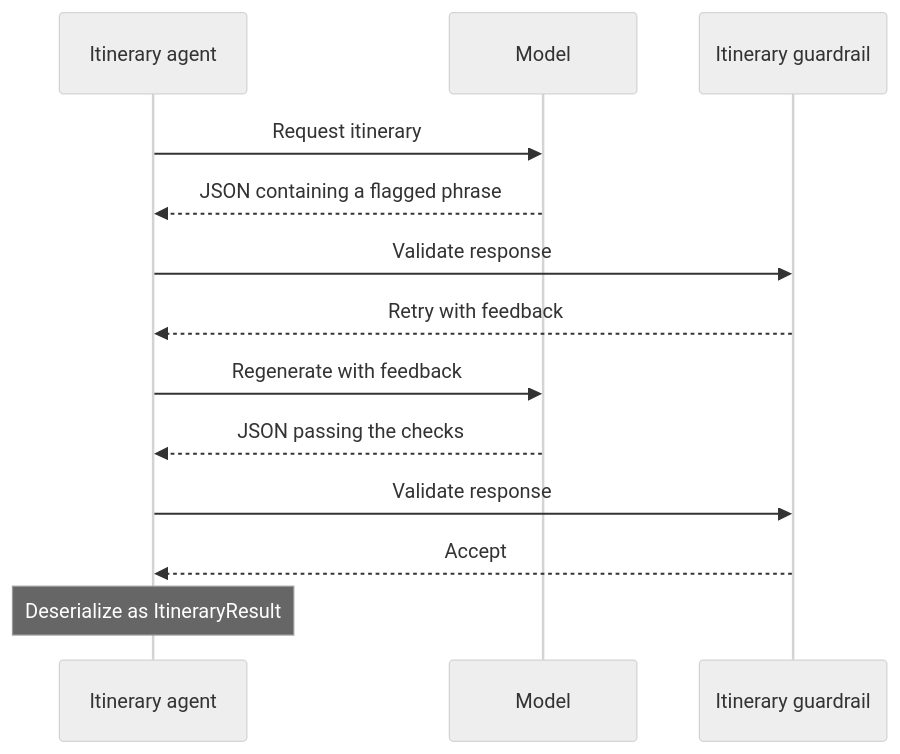
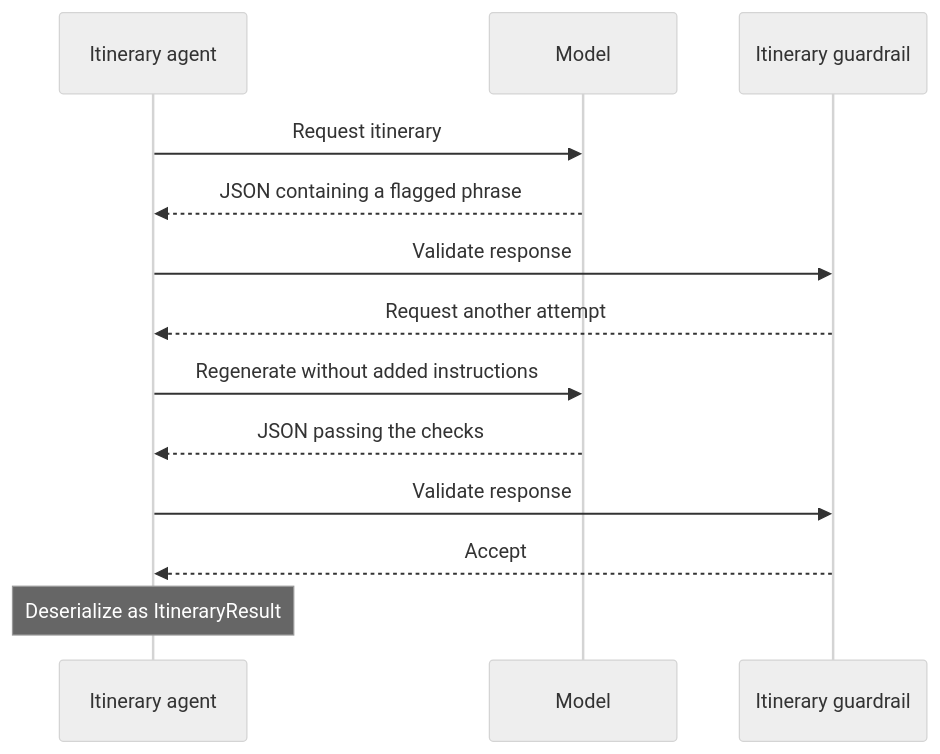
One commit to quarkusio/quarkus-workshop-langchain4j changed the third of 3 diagrams in docs/docs/section-3/step-02.md. Above: the diagram before and after it, drawn with Mermaid (neutral theme). The commit also changed other lines of this file and 151 other files, not shown here.

````diff
--- a/docs/docs/section-3/step-02.md
+++ b/docs/docs/section-3/step-02.md
@@ -75,15 +133,15 @@
 ```mermaid
 sequenceDiagram
     participant A as Itinerary agent
     participant M as Model
     participant G as Itinerary guardrail
     A->>M: Request itinerary
     M-->>A: JSON containing a flagged phrase
     A->>G: Validate response
-    G-->>A: Retry with feedback
-    A->>M: Regenerate with feedback
+    G-->>A: Request another attempt
+    A->>M: Regenerate without added instructions
     M-->>A: JSON passing the checks
     A->>G: Validate response
     G-->>A: Accept
     Note over A: Deserialize as ItineraryResult
 ```
````
